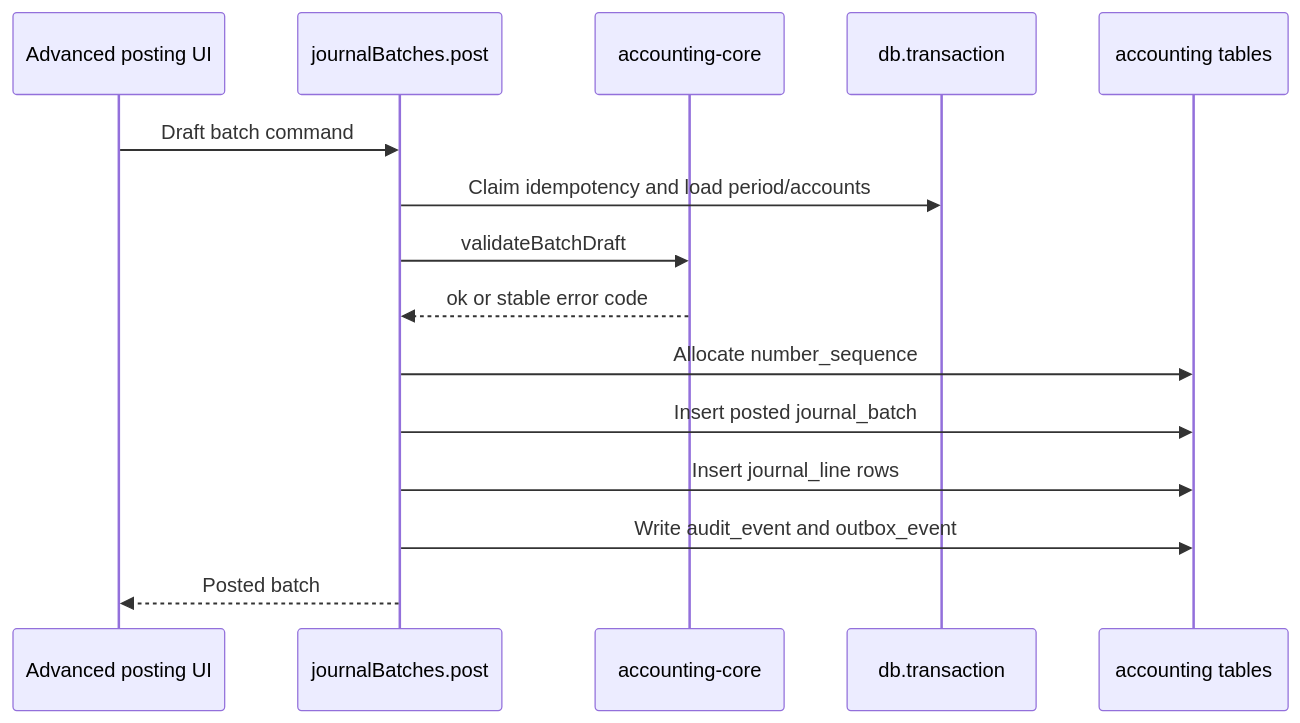
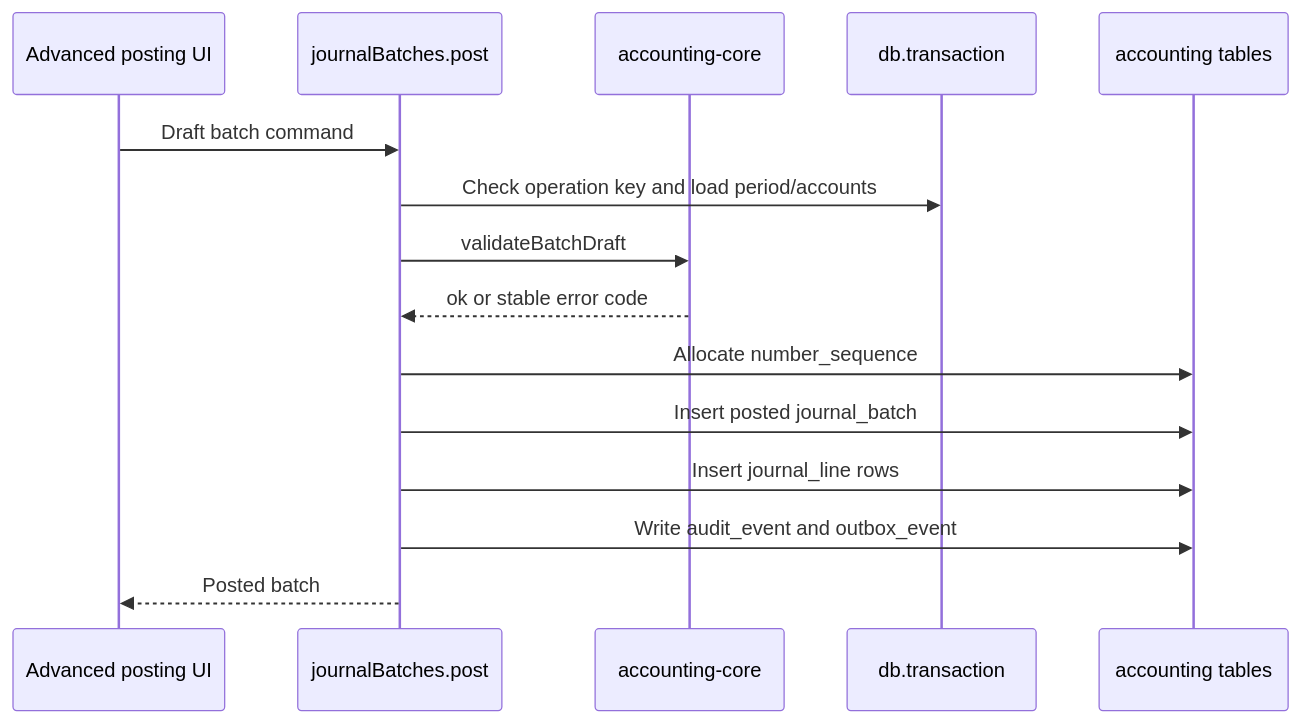
One commit to isherbuilds/edernal-books changed the second of 2 diagrams in docs/superpowers/plans/2026-06-16-phase-01-accounting-kernel-implementation-plan.md. Above: the diagram before and after it, drawn with Mermaid. The commit also changed other lines of this file and 35 other files, not shown here.

````diff
--- a/docs/superpowers/plans/2026-06-16-phase-01-accounting-kernel-implementation-plan.md
+++ b/docs/superpowers/plans/2026-06-16-phase-01-accounting-kernel-implementation-plan.md
@@ -33,18 +34,18 @@
 ```mermaid
 sequenceDiagram
   participant UI as Advanced posting UI
   participant API as journalBatches.post
   participant Core as accounting-core
   participant TX as db.transaction
   participant DB as accounting tables
 
   UI->>API: Draft batch command
-  API->>TX: Claim idempotency and load period/accounts
+  API->>TX: Check operation key and load period/accounts
   API->>Core: validateBatchDraft
   Core-->>API: ok or stable error code
   API->>DB: Allocate number_sequence
   API->>DB: Insert posted journal_batch
   API->>DB: Insert journal_line rows
   API->>DB: Write audit_event and outbox_event
   API-->>UI: Posted batch
 ```
````
